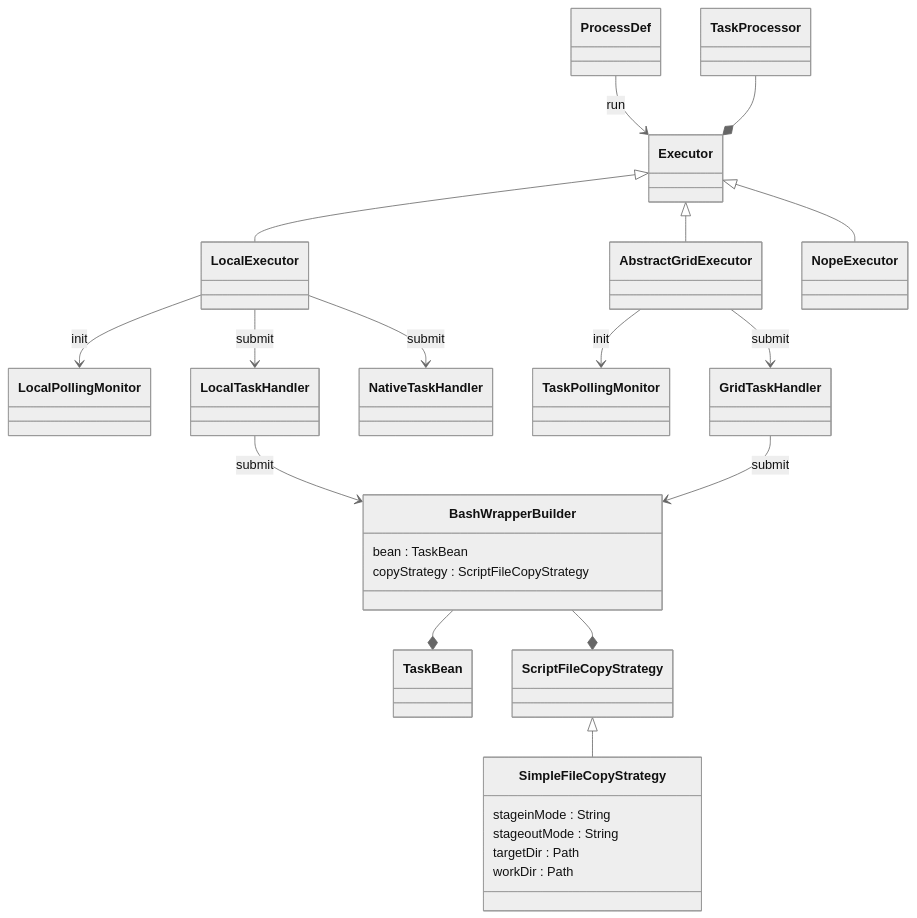
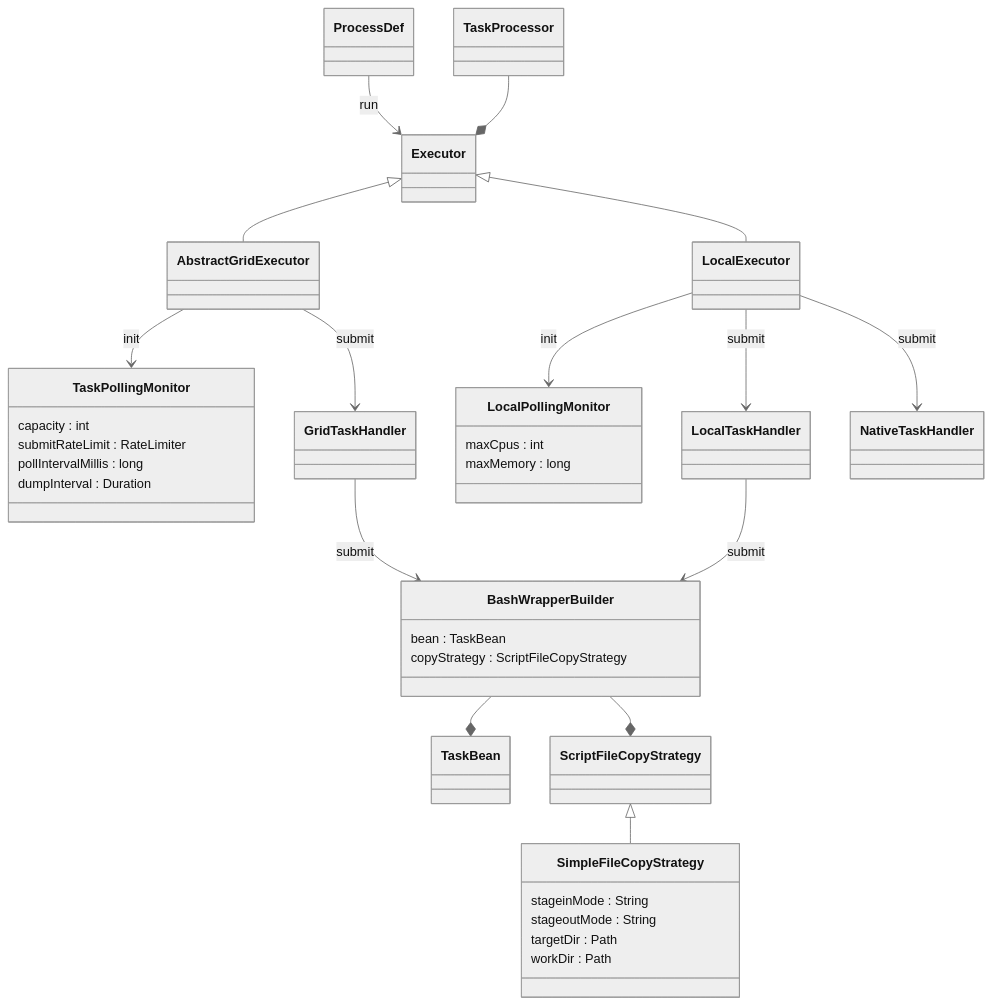
One commit to nextflow-io/nextflow changed the diagram in docs/developer/diagrams/nextflow.executor.mmd. Above: the diagram before and after it, drawn with Mermaid (neutral theme). The commit also changed 12 other files, not shown here.

```diff
--- a/docs/developer/diagrams/nextflow.executor.mmd
+++ b/docs/developer/diagrams/nextflow.executor.mmd
@@ -1,57 +1,82 @@
 classDiagram
     %%
     %% nextflow.executor
     %%
     ProcessDef --> Executor : run
     %% ExecutorFactory --> Executor : getExecutor
 
     TaskProcessor --* Executor
-    %% Executor --> TaskMonitor : init
+
+    %% class Executor {
+    %%     name : String
+    %%     monitor : TaskMonitor
+    %% }
+    %% Executor --* TaskMonitor
     %% Executor --> TaskHandler : submit
+
+    %% TaskMonitor <|-- TaskPollingMonitor
+
+    class TaskPollingMonitor {
+        capacity : int
+        submitRateLimit : RateLimiter
+        pollIntervalMillis : long
+        dumpInterval : Duration
+    }
+
+    %% TaskPollingMonitor <|-- LocalPollingMonitor
+
+    class LocalPollingMonitor {
+        maxCpus : int
+        maxMemory : long
+    }
+
+    %% class TaskHandler {
+    %%     task : TaskRun
+    %% }
 
     Executor <|-- AbstractGridExecutor
     Executor <|-- LocalExecutor
-    Executor <|-- NopeExecutor
+    %% Executor <|-- NopeExecutor
     %% AbstractGridExecutor <|-- CondorExecutor
     %% AbstractGridExecutor <|-- HyperQueueExecutor
     %% AbstractGridExecutor <|-- LsfExecutor
     %% AbstractGridExecutor <|-- MoabExecutor
     %% AbstractGridExecutor <|-- NqsiiExecutor
     %% AbstractGridExecutor <|-- OarExecutor
     %% AbstractGridExecutor <|-- PbsExecutor
     %% AbstractGridExecutor <|-- SgeExecutor
     %% AbstractGridExecutor <|-- SlurmExecutor
     %% PbsExecutor <|-- PbsProExecutor
     %% SgeExecutor <|-- CrgExecutor
 
-    %% TaskHandler <|-- CachedTaskHandler
-    %% TaskHandler <|-- GridTaskHandler
-    %% TaskHandler <|-- LocalTaskHandler
-    %% TaskHandler <|-- NativeTaskHandler
-    %% TaskHandler <|-- NopeTaskHandler
-    %% TaskHandler <|-- StoredTaskHandler
-
     LocalExecutor --> LocalPollingMonitor : init
     LocalExecutor --> LocalTaskHandler : submit
     LocalExecutor --> NativeTaskHandler : submit
     LocalTaskHandler --> BashWrapperBuilder : submit
 
     AbstractGridExecutor --> TaskPollingMonitor : init
     AbstractGridExecutor --> GridTaskHandler : submit
     GridTaskHandler --> BashWrapperBuilder : submit
+
+    %% TaskHandler <|-- CachedTaskHandler
+    %% TaskHandler <|-- GridTaskHandler
+    %% TaskHandler <|-- LocalTaskHandler
+    %% TaskHandler <|-- NativeTaskHandler
+    %% TaskHandler <|-- NopeTaskHandler
+    %% TaskHandler <|-- StoredTaskHandler
 
     class BashWrapperBuilder {
         bean : TaskBean
         copyStrategy : ScriptFileCopyStrategy
     }
     BashWrapperBuilder --* TaskBean
     BashWrapperBuilder --* ScriptFileCopyStrategy
 
     ScriptFileCopyStrategy <|-- SimpleFileCopyStrategy
 
     class SimpleFileCopyStrategy {
         stageinMode : String
         stageoutMode : String
         targetDir : Path
         workDir : Path
     }
```
